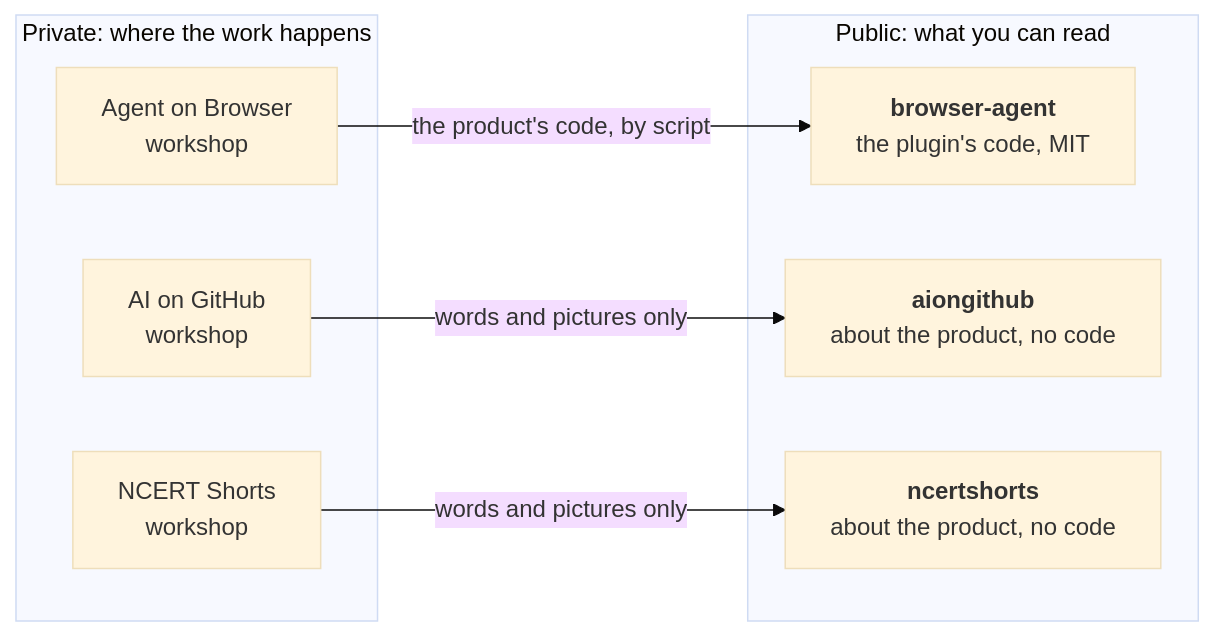
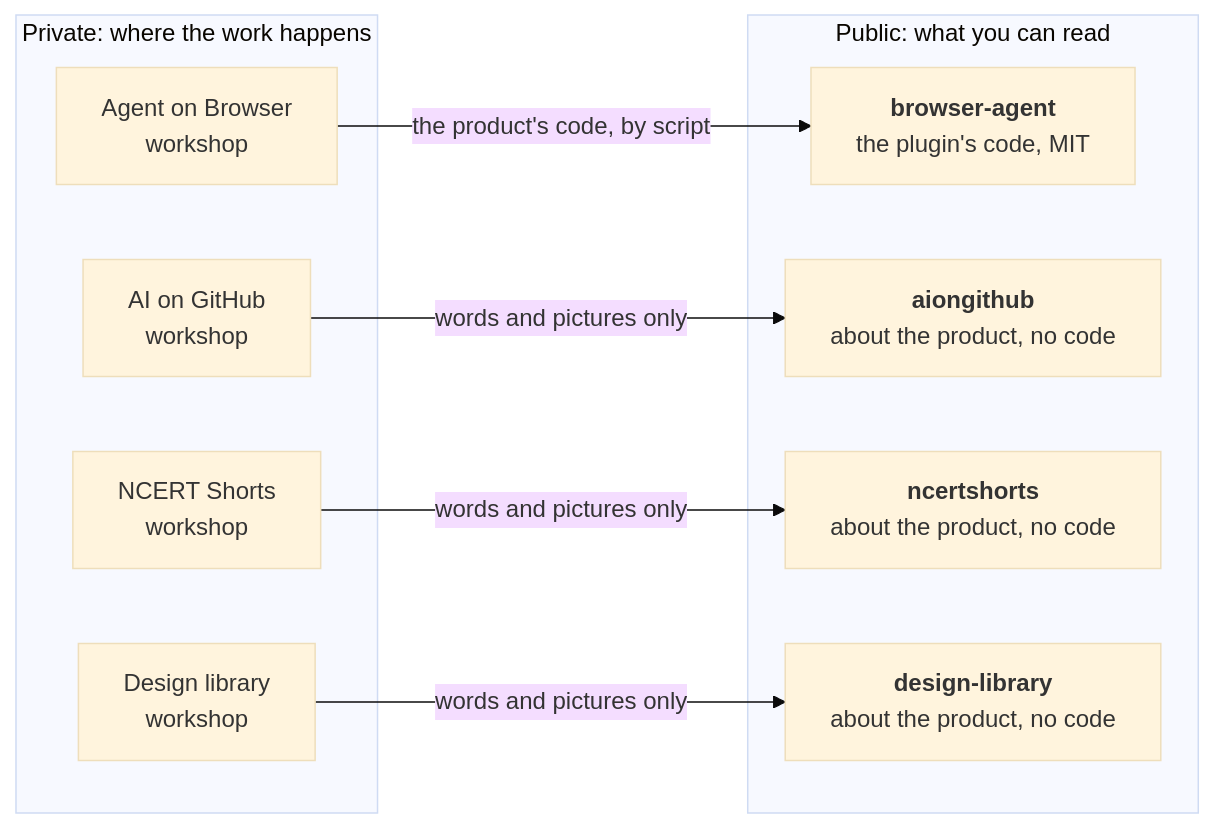
One commit to syedabbasshaheer-art/syedabbasshaheer-art changed the diagram in README.md. Above: the diagram before and after it, drawn with Mermaid (base theme). The commit also changed other lines of this file and 1 other file, not shown here.

Commit message:
Add the Design library, and point the footer at abbasshaheer.com

````diff
--- a/README.md
+++ b/README.md
@@ -67,16 +80,19 @@
 ```mermaid
 flowchart LR
     subgraph private["Private: where the work happens"]
         A["Agent on Browser<br/>workshop"]
         B["AI on GitHub<br/>workshop"]
         C["NCERT Shorts<br/>workshop"]
+        G["Design library<br/>workshop"]
     end
     subgraph public["Public: what you can read"]
         D["<b>browser-agent</b><br/>the plugin's code, MIT"]
         E["<b>aiongithub</b><br/>about the product, no code"]
         F["<b>ncertshorts</b><br/>about the product, no code"]
+        H["<b>design-library</b><br/>about the product, no code"]
     end
     A -- "the product's code, by script" --> D
     B -- "words and pictures only" --> E
     C -- "words and pictures only" --> F
+    G -- "words and pictures only" --> H
 ```
````
